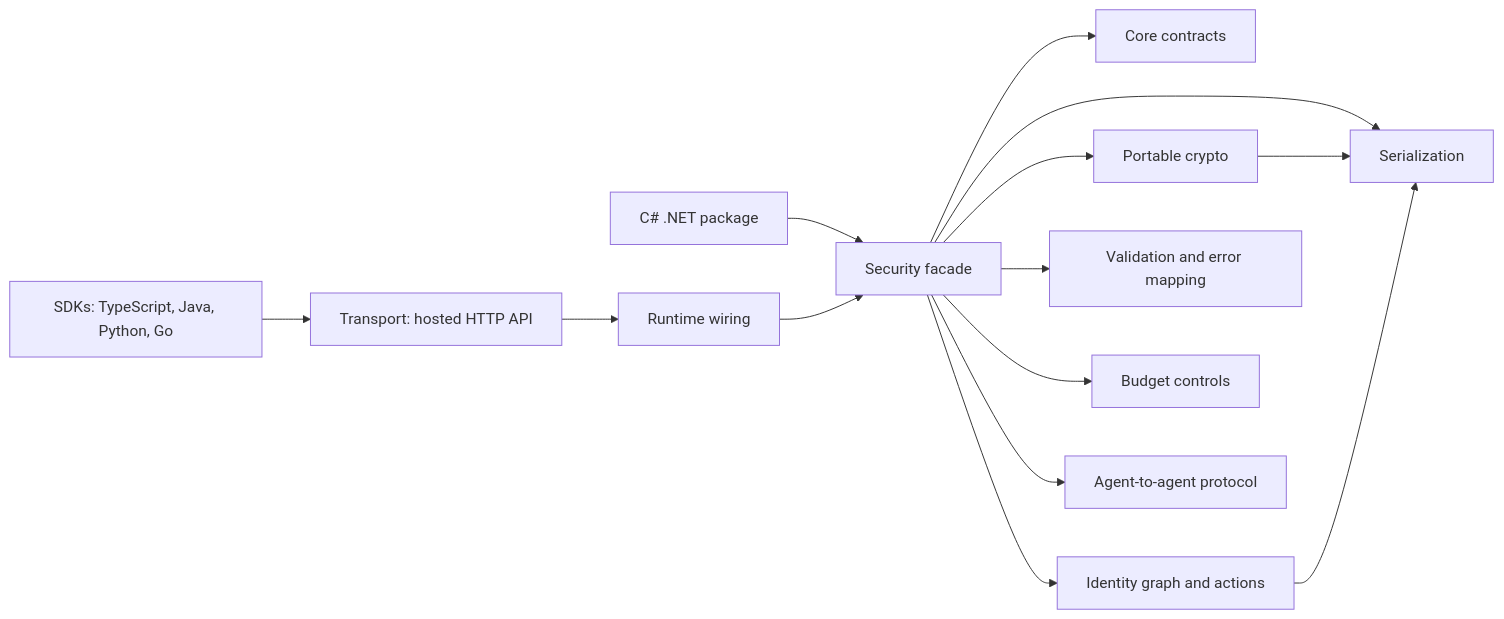
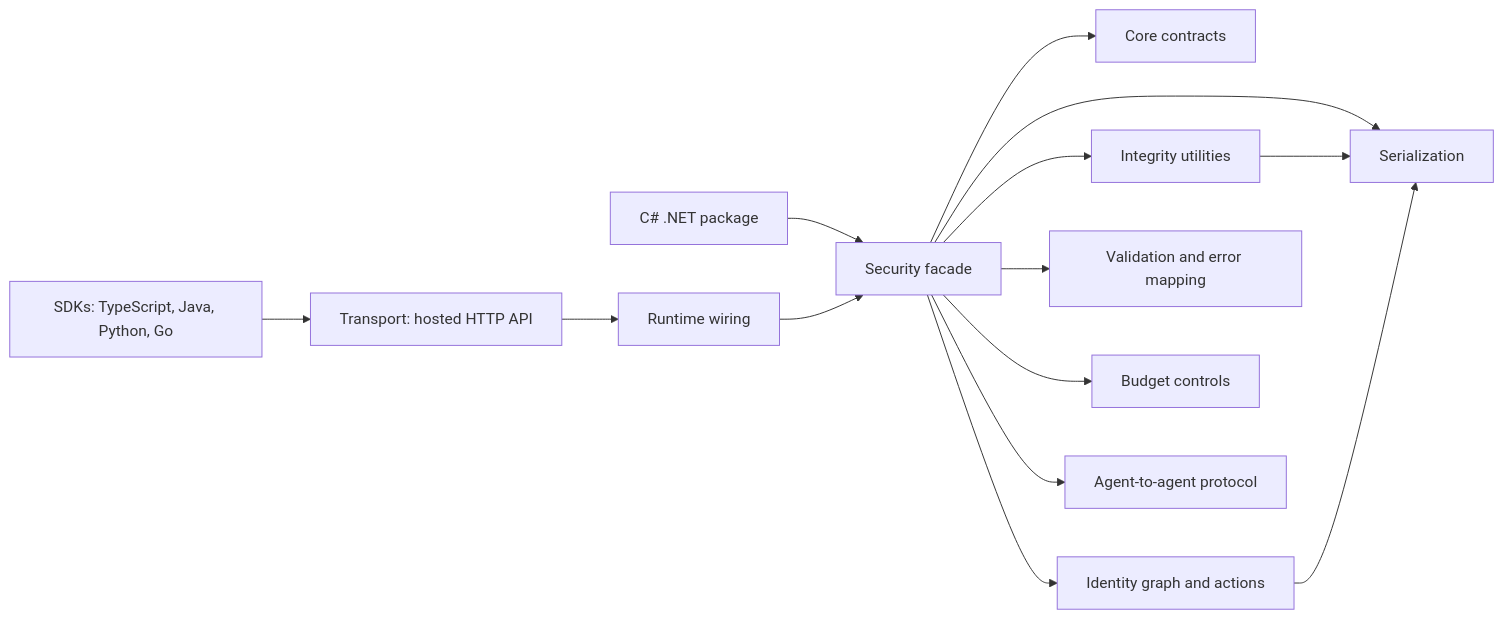
One commit to Foxlin-Public/Aegir changed the diagram in docs/architecture-overview-0.1.1-beta-1.md. Above: the diagram before and after it, drawn with Mermaid. The commit also changed other lines of this file and 176 other files, not shown here.

````diff
--- a/docs/architecture-overview-0.1.1-beta-1.md
+++ b/docs/architecture-overview-0.1.1-beta-1.md
@@ -7,16 +7,16 @@
 ```mermaid
 flowchart LR
   SDKs["SDKs: TypeScript, Java, Python, Go"] --> Transport["Transport: hosted HTTP API"]
   DotNet["C# .NET package"] --> Security["Security facade"]
   Transport --> Runtime["Runtime wiring"]
   Runtime --> Security
   Security --> Core["Core contracts"]
   Security --> Identity["Identity graph and actions"]
-  Security --> Crypto["Portable crypto"]
+  Security --> Crypto["Integrity utilities"]
   Security --> Validation["Validation and error mapping"]
   Security --> Serialization["Serialization"]
   Security --> Budget["Budget controls"]
   Security --> A2A["Agent-to-agent protocol"]
   Crypto --> Serialization
   Identity --> Serialization
 ```
````
